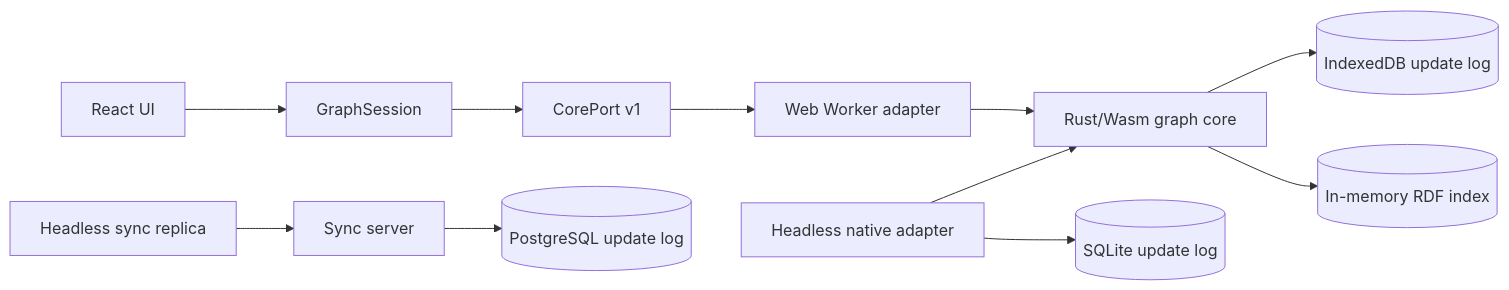
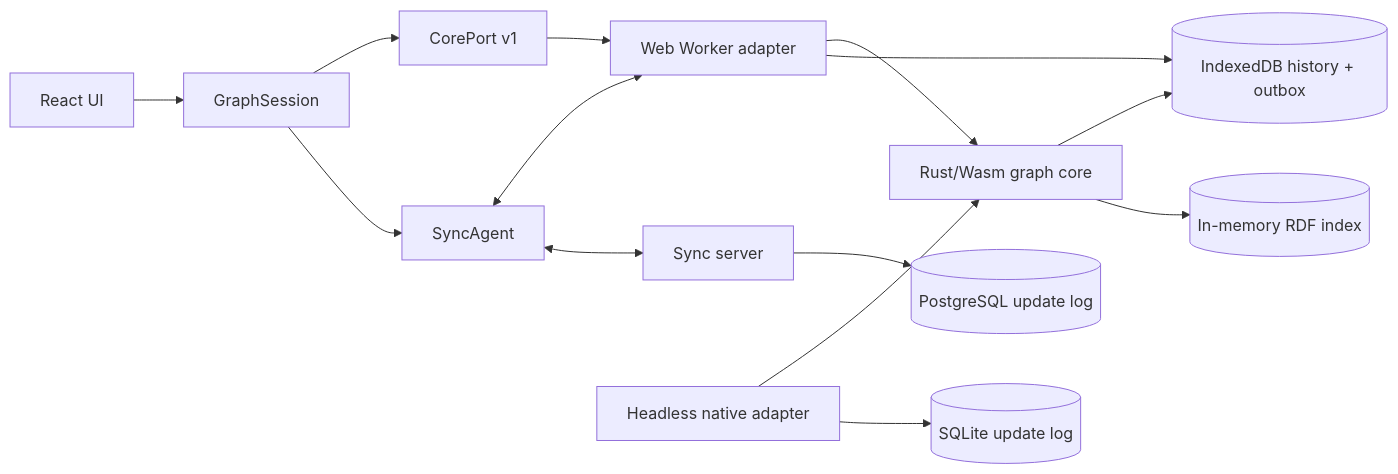
One commit to waneon/neoseq changed the diagram in ARCHITECTURE.md. Above: the diagram before and after it, drawn with Mermaid. The commit also changed other lines of this file and 51 other files, not shown here.

````diff
--- a/ARCHITECTURE.md
+++ b/ARCHITECTURE.md
@@ -36,15 +36,18 @@
 ```mermaid
 flowchart LR
     UI[React UI] --> Session[GraphSession]
     Session --> Port[CorePort v1]
+    Session --> Agent[SyncAgent]
     Port --> Worker[Web Worker adapter]
     Worker --> Core[Rust/Wasm graph core]
-    Core --> Store[(IndexedDB update log)]
+    Worker --> Store[(IndexedDB history + outbox)]
+    Core --> Store
     Core --> Index[(In-memory RDF index)]
+
+    Agent <--> Worker
+    Agent <--> Sync[Sync server]
+    Sync --> Postgres[(PostgreSQL update log)]
 
     Native[Headless native adapter] --> Core
     Native --> SQLite[(SQLite update log)]
-
-    Replica[Headless sync replica] --> Sync[Sync server]
-    Sync --> Postgres[(PostgreSQL update log)]
 ```
````
